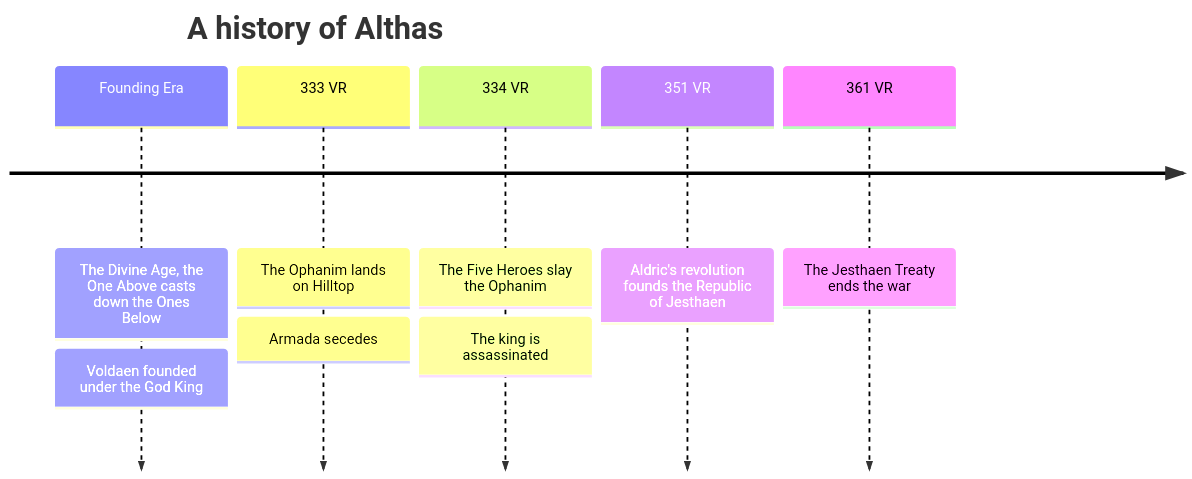
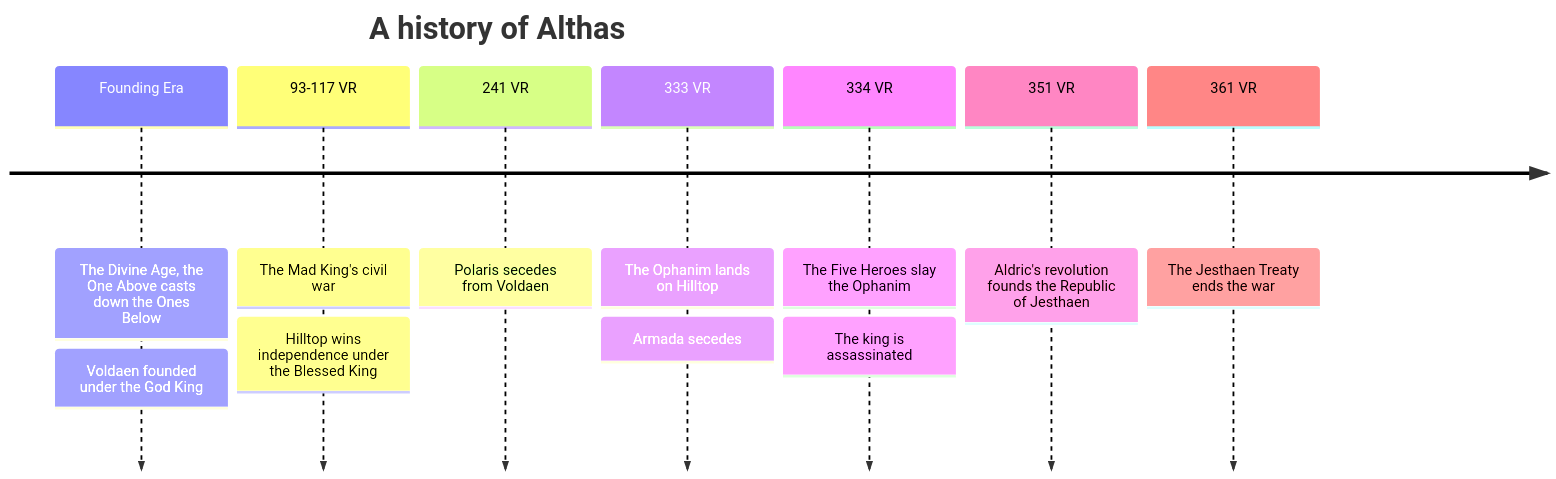
Before and after one commit to EgoAlt/althas-wiki: the diagram in content/setting/timeline.md, drawn with Mermaid. The commit also changed other lines of this file and 7 other files, not shown here.

Commit message:
Ancient history surfaced: Mad King civil war + Polaris secession on timeline & histories; Polaris origin corrected to Voldaen; Holy See history; One Above wording

````diff
--- a/content/setting/timeline.md
+++ b/content/setting/timeline.md
@@ -11,9 +11,11 @@
 ```mermaid
 timeline
     title A history of Althas
     Founding Era : The Divine Age, the One Above casts down the Ones Below : Voldaen founded under the God King
+    93-117 VR : The Mad King's civil war : Hilltop wins independence under the Blessed King
+    241 VR : Polaris secedes from Voldaen
     333 VR : The Ophanim lands on Hilltop : Armada secedes
     334 VR : The Five Heroes slay the Ophanim : The king is assassinated
     351 VR : Aldric's revolution founds the Republic of Jesthaen
     361 VR : The Jesthaen Treaty ends the war
 ```
````
